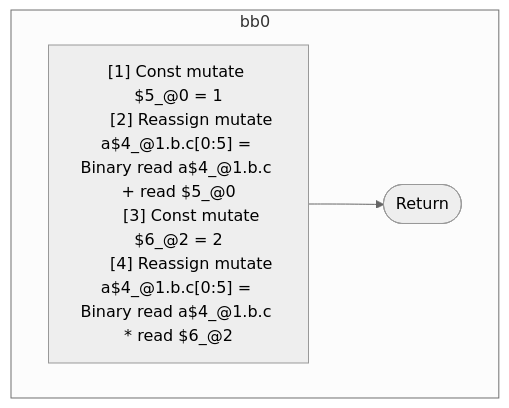
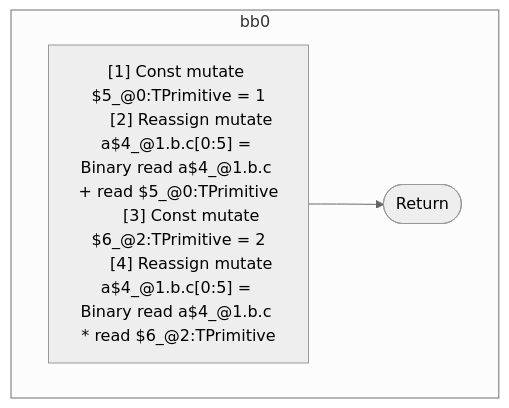
One commit to wutsmog/private changed the second of 2 diagrams in compiler/forget/src/__tests__/fixtures/hir/assignment-variations.expect.md. Above: the diagram before and after it, drawn with Mermaid (neutral theme). The commit also changed other lines of this file and 112 other files, not shown here.

````diff
--- a/compiler/forget/src/__tests__/fixtures/hir/assignment-variations.expect.md
+++ b/compiler/forget/src/__tests__/fixtures/hir/assignment-variations.expect.md
@@ -124,16 +124,16 @@
 ```mermaid
 flowchart TB
   %% Basic Blocks
   subgraph bb0
     bb0_instrs["
-      [1] Const mutate $5_@0 = 1
-      [2] Reassign mutate a$4_@1.b.c[0:5] = Binary read a$4_@1.b.c + read $5_@0
-      [3] Const mutate $6_@2 = 2
-      [4] Reassign mutate a$4_@1.b.c[0:5] = Binary read a$4_@1.b.c * read $6_@2
+      [1] Const mutate $5_@0:TPrimitive = 1
+      [2] Reassign mutate a$4_@1.b.c[0:5] = Binary read a$4_@1.b.c + read $5_@0:TPrimitive
+      [3] Const mutate $6_@2:TPrimitive = 2
+      [4] Reassign mutate a$4_@1.b.c[0:5] = Binary read a$4_@1.b.c * read $6_@2:TPrimitive
     "]
     bb0_instrs --> bb0_terminal(["Return"])
   end
 
   %% Jumps
   %% empty
 ```
````
